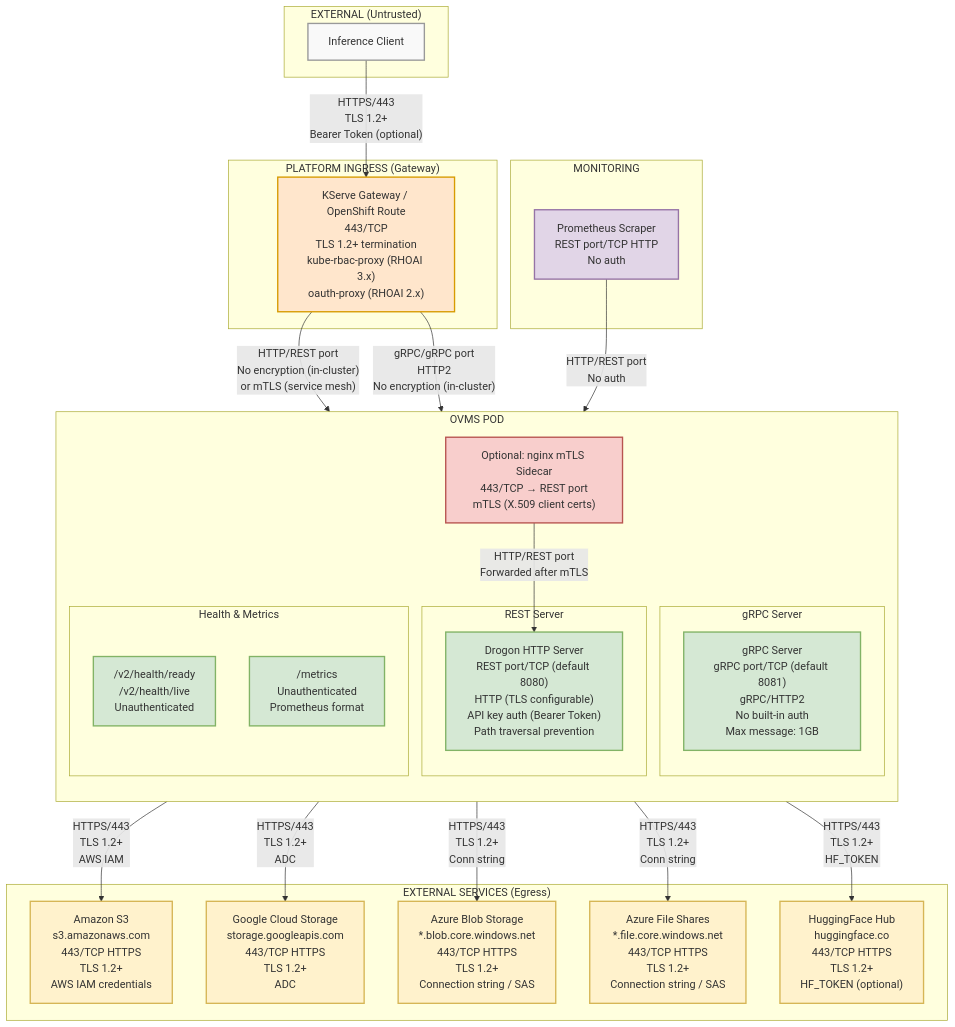
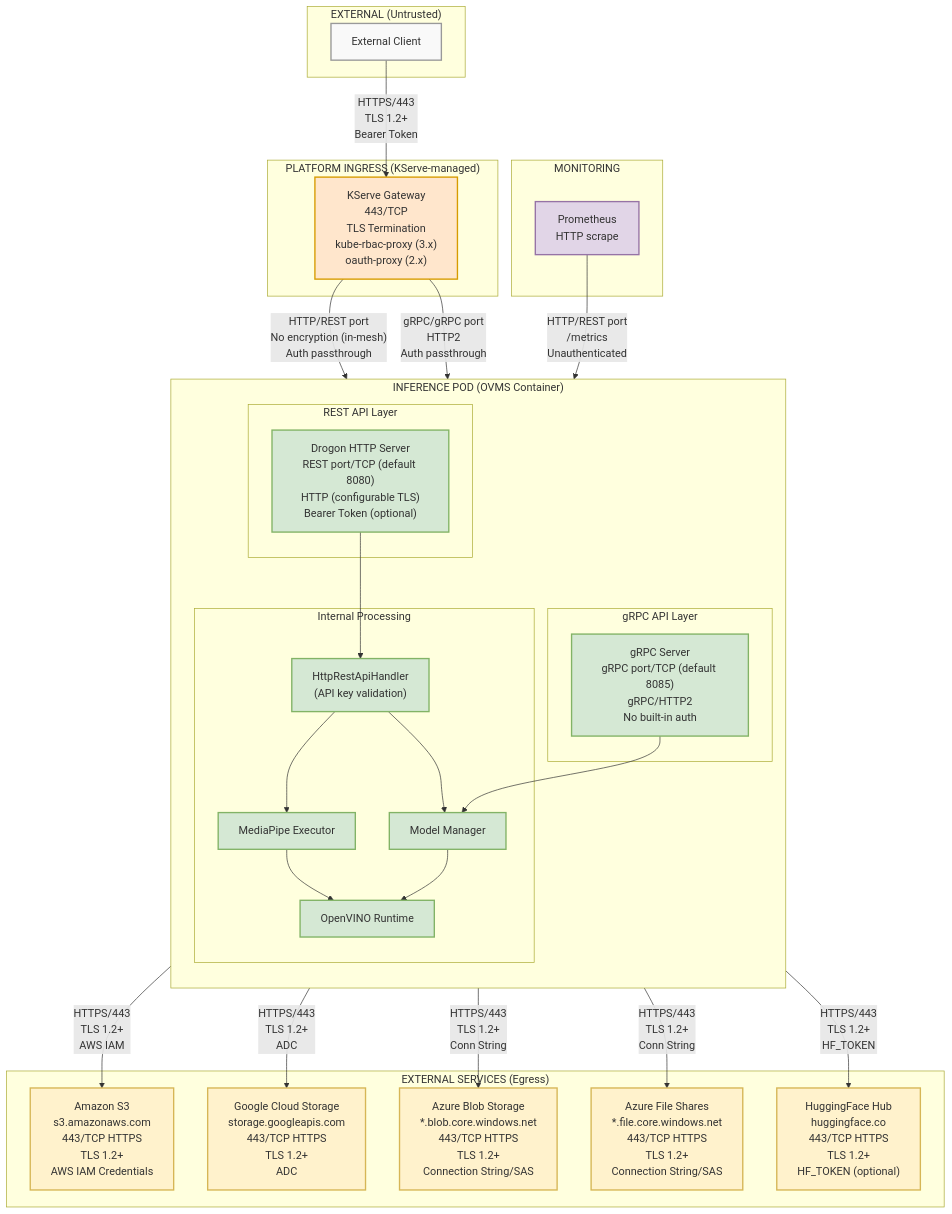
One commit to rhuss/architecture-context changed the diagram in architecture/rhoai.next/diagrams/openvino_model_server-security-network.mmd. Above: the diagram before and after it, drawn with Mermaid. The commit also changed 864 other files, not shown here.

Commit message:
update rhoai.next architecture with ai4rag and refreshed diagrams

```diff
--- a/architecture/rhoai.next/diagrams/openvino_model_server-security-network.mmd
+++ b/architecture/rhoai.next/diagrams/openvino_model_server-security-network.mmd
@@ -1,68 +1,70 @@
 graph TB
     subgraph External["EXTERNAL (Untrusted)"]
-        Client["Inference Client"]
+        Client["External Client"]
     end
 
-    subgraph PlatformIngress["PLATFORM INGRESS (Gateway)"]
-        Gateway["KServe Gateway / OpenShift Route<br/>443/TCP<br/>TLS 1.2+ termination<br/>kube-rbac-proxy (RHOAI 3.x)<br/>oauth-proxy (RHOAI 2.x)"]
+    subgraph PlatformIngress["PLATFORM INGRESS (KServe-managed)"]
+        Gateway["KServe Gateway<br/>443/TCP<br/>TLS Termination<br/>kube-rbac-proxy (3.x)<br/>oauth-proxy (2.x)"]
     end
 
-    subgraph OVMSPod["OVMS POD"]
+    subgraph InferencePod["INFERENCE POD (OVMS Container)"]
         direction TB
 
-        NginxSidecar["Optional: nginx mTLS Sidecar<br/>443/TCP → REST port<br/>mTLS (X.509 client certs)"]
-
-        subgraph RESTServer["REST Server"]
-            Drogon["Drogon HTTP Server<br/>REST port/TCP (default 8080)<br/>HTTP (TLS configurable)<br/>API key auth (Bearer Token)<br/>Path traversal prevention"]
+        subgraph RESTLayer["REST API Layer"]
+            DrogonHTTP["Drogon HTTP Server<br/>REST port/TCP (default 8080)<br/>HTTP (configurable TLS)<br/>Bearer Token (optional)"]
         end
 
-        subgraph GRPCServer["gRPC Server"]
-            GRPC["gRPC Server<br/>gRPC port/TCP (default 8081)<br/>gRPC/HTTP2<br/>No built-in auth<br/>Max message: 1GB"]
+        subgraph GRPCLayer["gRPC API Layer"]
+            GRPCServer["gRPC Server<br/>gRPC port/TCP (default 8085)<br/>gRPC/HTTP2<br/>No built-in auth"]
         end
 
-        subgraph HealthMetrics["Health & Metrics"]
-            Health["/v2/health/ready<br/>/v2/health/live<br/>Unauthenticated"]
-            Metrics["/metrics<br/>Unauthenticated<br/>Prometheus format"]
+        subgraph InternalModules["Internal Processing"]
+            APIHandler["HttpRestApiHandler<br/>(API key validation)"]
+            ModelMgr["Model Manager"]
+            MediaPipe["MediaPipe Executor"]
+            OpenVINO["OpenVINO Runtime"]
         end
     end
 
     subgraph ExternalServices["EXTERNAL SERVICES (Egress)"]
-        S3["Amazon S3<br/>s3.amazonaws.com<br/>443/TCP HTTPS<br/>TLS 1.2+<br/>AWS IAM credentials"]
+        S3["Amazon S3<br/>s3.amazonaws.com<br/>443/TCP HTTPS<br/>TLS 1.2+<br/>AWS IAM Credentials"]
         GCS["Google Cloud Storage<br/>storage.googleapis.com<br/>443/TCP HTTPS<br/>TLS 1.2+<br/>ADC"]
-        AzureBlob["Azure Blob Storage<br/>*.blob.core.windows.net<br/>443/TCP HTTPS<br/>TLS 1.2+<br/>Connection string / SAS"]
-        AzureFile["Azure File Shares<br/>*.file.core.windows.net<br/>443/TCP HTTPS<br/>TLS 1.2+<br/>Connection string / SAS"]
-        HFHub["HuggingFace Hub<br/>huggingface.co<br/>443/TCP HTTPS<br/>TLS 1.2+<br/>HF_TOKEN (optional)"]
+        AzureBlob["Azure Blob Storage<br/>*.blob.core.windows.net<br/>443/TCP HTTPS<br/>TLS 1.2+<br/>Connection String/SAS"]
+        AzureFile["Azure File Shares<br/>*.file.core.windows.net<br/>443/TCP HTTPS<br/>TLS 1.2+<br/>Connection String/SAS"]
+        HuggingFace["HuggingFace Hub<br/>huggingface.co<br/>443/TCP HTTPS<br/>TLS 1.2+<br/>HF_TOKEN (optional)"]
     end
 
     subgraph Monitoring["MONITORING"]
-        Prometheus["Prometheus Scraper<br/>REST port/TCP HTTP<br/>No auth"]
+        Prometheus["Prometheus<br/>HTTP scrape"]
     end
 
     %% Flows
-    Client -->|"HTTPS/443<br/>TLS 1.2+<br/>Bearer Token (optional)"| Gateway
-    Gateway -->|"HTTP/REST port<br/>No encryption (in-cluster)<br/>or mTLS (service mesh)"| Drogon
-    Gateway -->|"gRPC/gRPC port<br/>HTTP2<br/>No encryption (in-cluster)"| GRPC
-    NginxSidecar -->|"HTTP/REST port<br/>Forwarded after mTLS"| Drogon
+    Client -->|"HTTPS/443<br/>TLS 1.2+<br/>Bearer Token"| Gateway
+    Gateway -->|"HTTP/REST port<br/>No encryption (in-mesh)<br/>Auth passthrough"| DrogonHTTP
+    Gateway -->|"gRPC/gRPC port<br/>HTTP2<br/>Auth passthrough"| GRPCServer
+    DrogonHTTP --> APIHandler
+    APIHandler --> ModelMgr
+    APIHandler --> MediaPipe
+    GRPCServer --> ModelMgr
+    MediaPipe --> OpenVINO
+    ModelMgr --> OpenVINO
+    Prometheus -->|"HTTP/REST port<br/>/metrics<br/>Unauthenticated"| DrogonHTTP
 
-    Drogon -->|"HTTPS/443<br/>TLS 1.2+<br/>AWS IAM"| S3
-    Drogon -->|"HTTPS/443<br/>TLS 1.2+<br/>ADC"| GCS
-    Drogon -->|"HTTPS/443<br/>TLS 1.2+<br/>Conn string"| AzureBlob
-    Drogon -->|"HTTPS/443<br/>TLS 1.2+<br/>Conn string"| AzureFile
-    Drogon -->|"HTTPS/443<br/>TLS 1.2+<br/>HF_TOKEN"| HFHub
-
-    Prometheus -->|"HTTP/REST port<br/>No auth"| Metrics
+    ModelMgr -->|"HTTPS/443<br/>TLS 1.2+<br/>AWS IAM"| S3
+    ModelMgr -->|"HTTPS/443<br/>TLS 1.2+<br/>ADC"| GCS
+    ModelMgr -->|"HTTPS/443<br/>TLS 1.2+<br/>Conn String"| AzureBlob
+    ModelMgr -->|"HTTPS/443<br/>TLS 1.2+<br/>Conn String"| AzureFile
+    ModelMgr -->|"HTTPS/443<br/>TLS 1.2+<br/>HF_TOKEN"| HuggingFace
 
     %% Styling
     classDef external fill:#f9f9f9,stroke:#999,stroke-width:2px
     classDef ingress fill:#ffe6cc,stroke:#d79b00,stroke-width:2px
-    classDef ovmspod fill:#d5e8d4,stroke:#82b366,stroke-width:2px
+    classDef pod fill:#d5e8d4,stroke:#82b366,stroke-width:2px
     classDef externalservice fill:#fff2cc,stroke:#d6b656,stroke-width:2px
     classDef monitoring fill:#e1d5e7,stroke:#9673a6,stroke-width:2px
-    classDef sidecar fill:#f8cecc,stroke:#b85450,stroke-width:2px
 
     class Client external
     class Gateway ingress
-    class Drogon,GRPC,Health,Metrics ovmspod
-    class NginxSidecar sidecar
-    class S3,GCS,AzureBlob,AzureFile,HFHub externalservice
+    class DrogonHTTP,GRPCServer,APIHandler,ModelMgr,MediaPipe,OpenVINO pod
+    class S3,GCS,AzureBlob,AzureFile,HuggingFace externalservice
     class Prometheus monitoring
```
